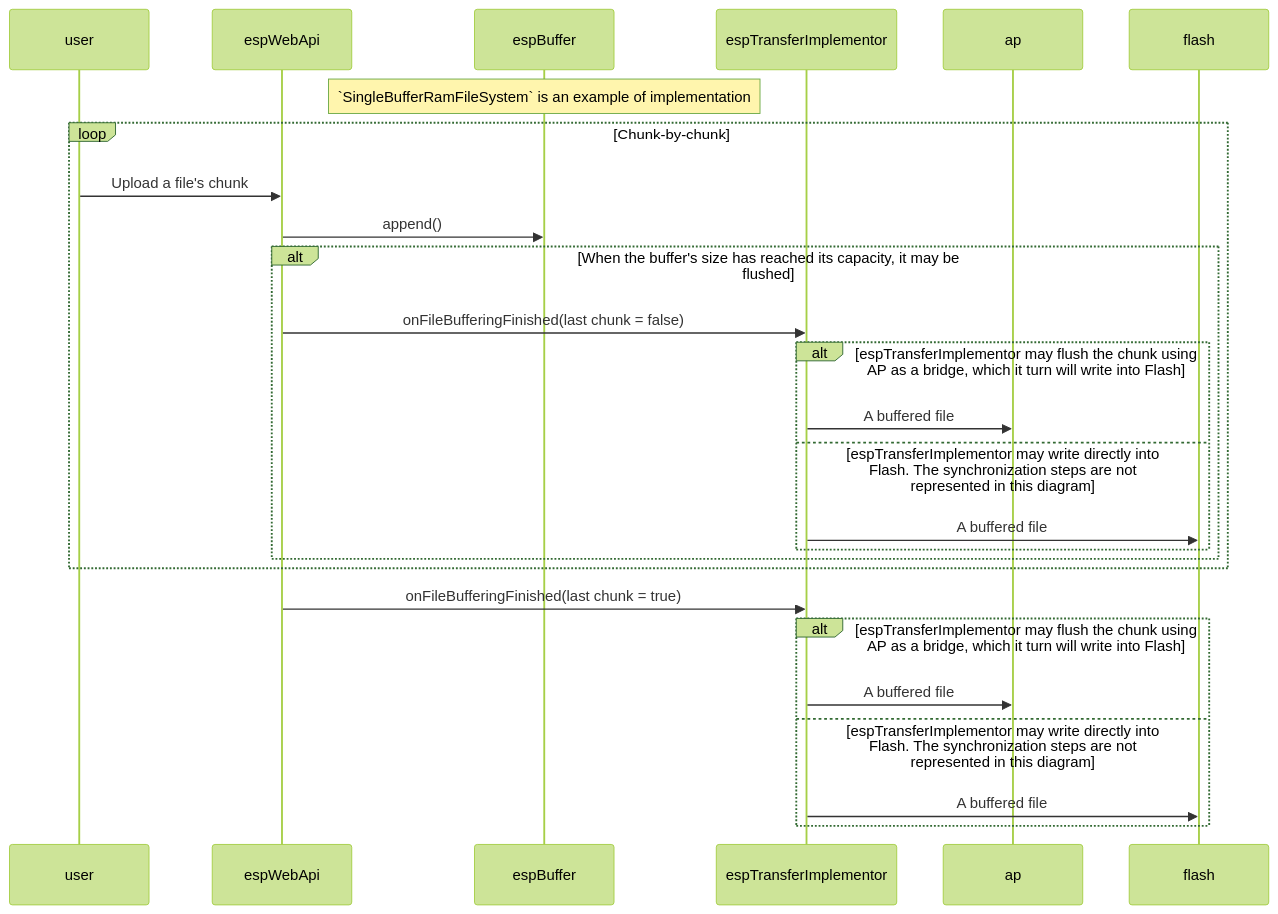
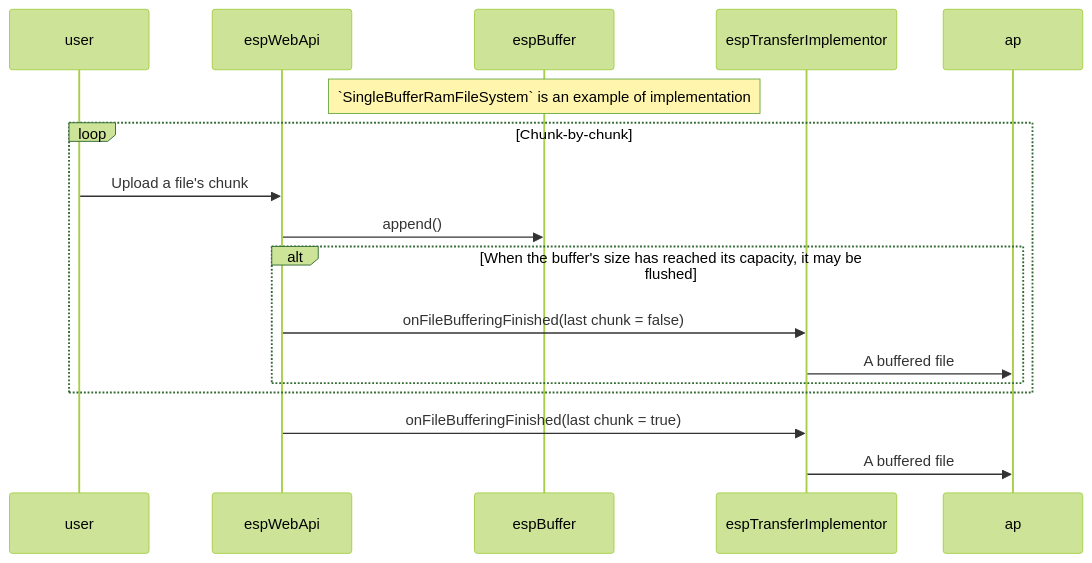
One commit to geoscan/Esp32Cam changed the first of 2 diagrams in components/buffered_file_transfer/README.md. Above: the diagram before and after it, drawn with Mermaid (forest theme). The commit also changed other lines of this file, not shown here.

Commit message:
[buffered_file_transfer:README] Ref | Simplified documentation

````diff
--- a/components/buffered_file_transfer/README.md
+++ b/components/buffered_file_transfer/README.md
@@ -31,34 +31,24 @@
 ```mermaid
 sequenceDiagram
     participant user
     participant espWebApi
     participant espBuffer
     participant espTransferImplementor
     participant ap
 
     note over espBuffer: `SingleBufferRamFileSystem` is an example of implementation
 
     loop Chunk-by-chunk
         user->>espWebApi: Upload a file's chunk
         espWebApi->>espBuffer: append()
 
         alt When the buffer's size has reached its capacity, it may be flushed
                 espWebApi->>espTransferImplementor: onFileBufferingFinished(last chunk = false)
-
-                alt espTransferImplementor may flush the chunk using AP as a bridge, which it turn will write into Flash
-                    espTransferImplementor->>ap: A buffered file
-                else espTransferImplementor may write directly into Flash. The synchronization steps are not represented in this diagram
-                    espTransferImplementor->>flash: A buffered file
-                end
+                espTransferImplementor->>ap: A buffered file
         end
 
     end
 
     espWebApi->>espTransferImplementor: onFileBufferingFinished(last chunk = true)
-
-    alt espTransferImplementor may flush the chunk using AP as a bridge, which it turn will write into Flash
-        espTransferImplementor->>ap: A buffered file
-    else espTransferImplementor may write directly into Flash. The synchronization steps are not represented in this diagram
-        espTransferImplementor->>flash: A buffered file
-    end
+    espTransferImplementor->>ap: A buffered file
 ```
````
